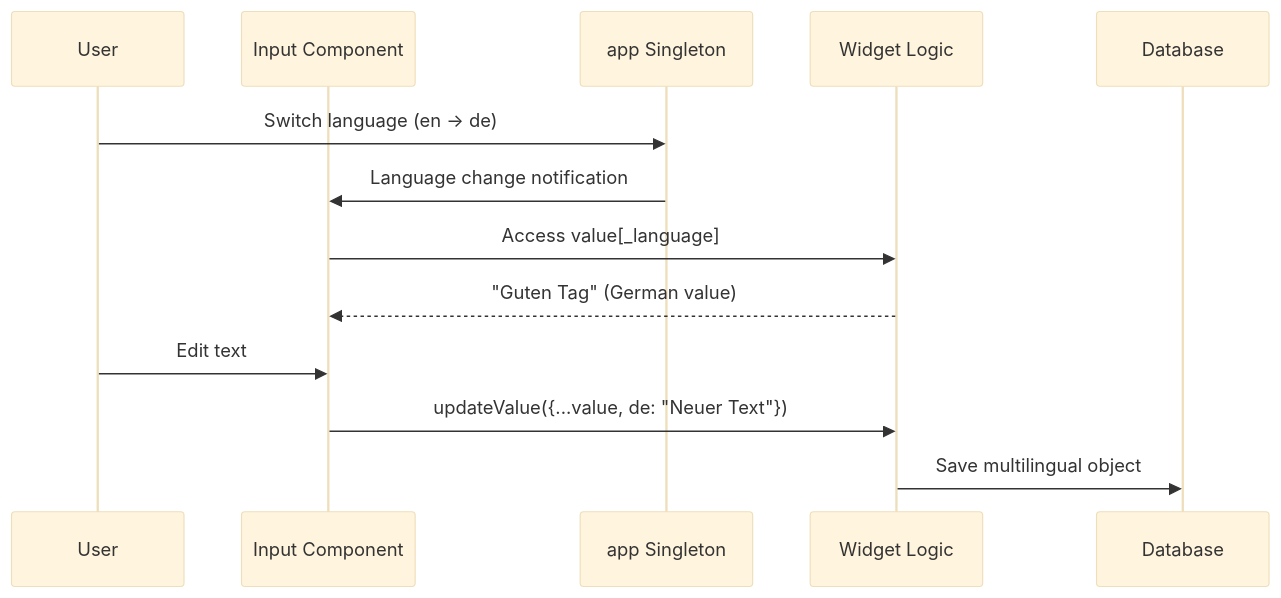
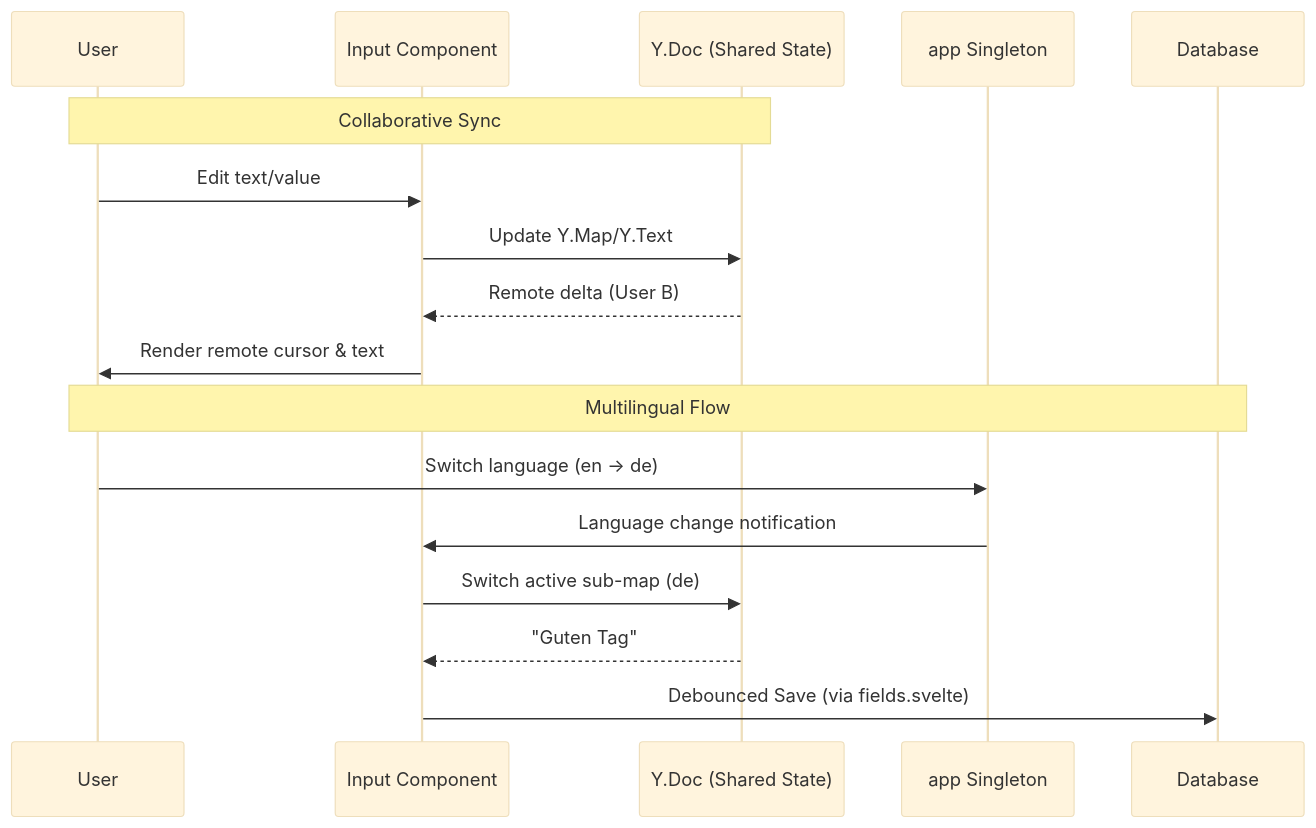
The fourth of 4 diagrams in docs/architecture/widgets/architecture.mdx (SveltyCMS/SveltyCMS), drawn with Mermaid (base theme) before and after one commit. The commit also changed other lines of this file and 18 other files, not shown here.

First line of the commit message:
feat(collab): implement Phase 2 collaborative editing and optimize RichText

````diff
--- a/docs/architecture/widgets/architecture.mdx
+++ b/docs/architecture/widgets/architecture.mdx
@@ -163,17 +163,21 @@
 ```mermaid
 sequenceDiagram
     participant User
     participant Input as Input Component
+    participant YJS as Y.Doc (Shared State)
     participant Store as app Singleton
-    participant Widget as Widget Logic
     participant DB as Database
 
+    Note over User, YJS: Collaborative Sync
+    User->>Input: Edit text/value
+    Input->>YJS: Update Y.Map/Y.Text
+    YJS-->>Input: Remote delta (User B)
+    Input->>User: Render remote cursor & text
+
+    Note over User, DB: Multilingual Flow
     User->>Store: Switch language (en → de)
     Store->>Input: Language change notification
-    Input->>Widget: Access value[_language]
-    Widget-->>Input: "Guten Tag" (German value)
-
-    User->>Input: Edit text
-    Input->>Widget: updateValue({...value, de: "Neuer Text"})
-    Widget->>DB: Save multilingual object
+    Input->>YJS: Switch active sub-map (de)
+    YJS-->>Input: "Guten Tag"
+    Input->>DB: Debounced Save (via fields.svelte)
 ```
````
